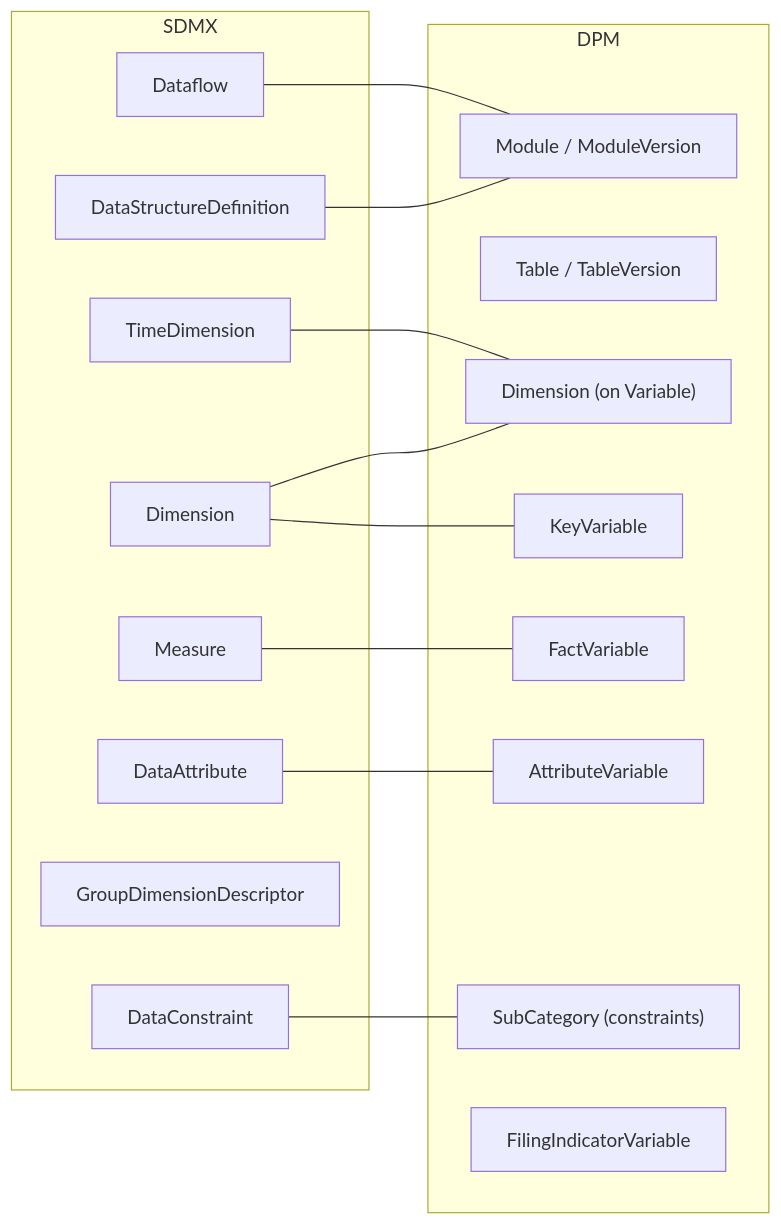
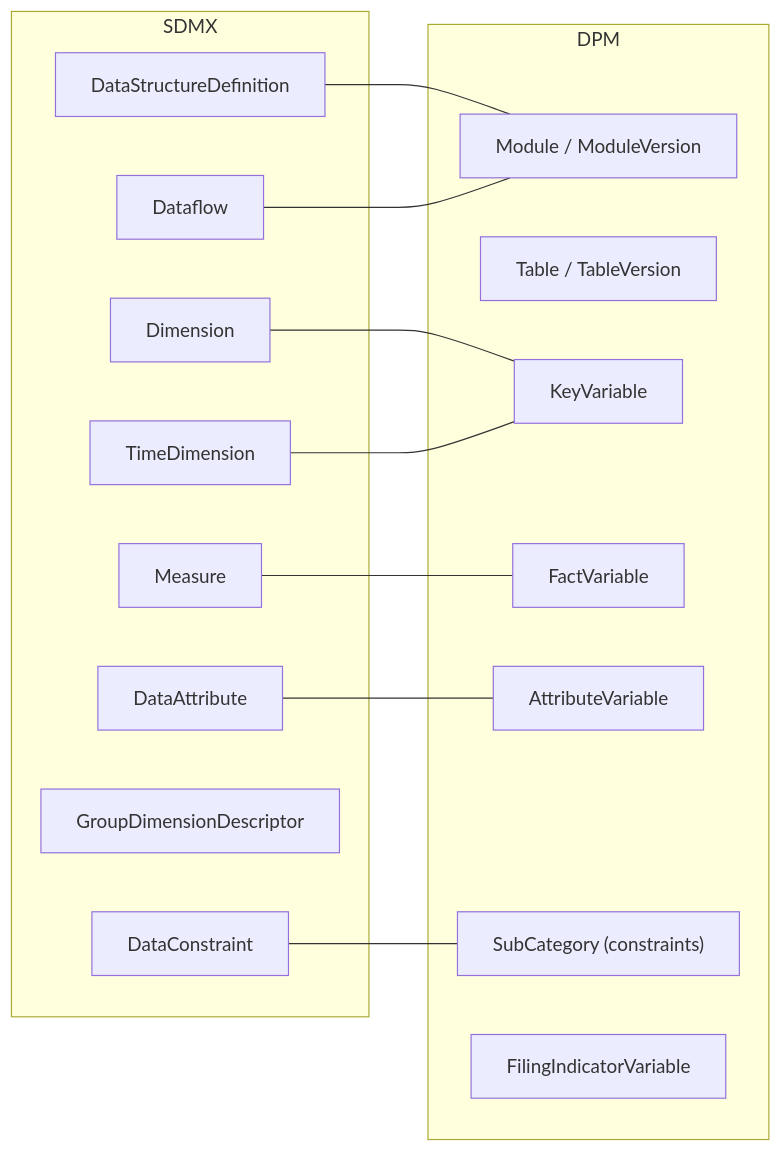
Before and after one commit to sdmx-twg/wp-sdmx-dpm: the diagram in docs/models-relationships/02_data_definition/02_high_level_mapping_summary.md, drawn with Mermaid. The commit also changed other lines of this file, not shown here.

First line of the commit message:
docs: clarify that KeyVariables can have data types and remove ghost Dimension node

````diff
--- a/docs/models-relationships/02_data_definition/02_high_level_mapping_summary.md
+++ b/docs/models-relationships/02_data_definition/02_high_level_mapping_summary.md
@@ -32,33 +32,31 @@
 ```mermaid
 flowchart LR
   subgraph SDMX
     sDSD["DataStructureDefinition"]
     sDataflow["Dataflow"]
     sDim["Dimension"]
     sTimeDim["TimeDimension"]
     sMeasure["Measure"]
     sAttr["DataAttribute"]
     sGroup["GroupDimensionDescriptor"]
     sConstraint["DataConstraint"]
   end
 
   subgraph DPM
     dModule["Module / ModuleVersion"]
     dTable["Table / TableVersion"]
-    dDim["Dimension (on Variable)"]
     dKeyVar["KeyVariable"]
     dFactVar["FactVariable"]
     dAttrVar["AttributeVariable"]
     dSubCat["SubCategory (constraints)"]
     dFiling["FilingIndicatorVariable"]
   end
 
   sDSD --- dModule
   sDataflow --- dModule
-  sDim --- dDim
   sDim --- dKeyVar
-  sTimeDim --- dDim
+  sTimeDim --- dKeyVar
   sMeasure --- dFactVar
   sAttr --- dAttrVar
   sConstraint --- dSubCat
 ```
````
